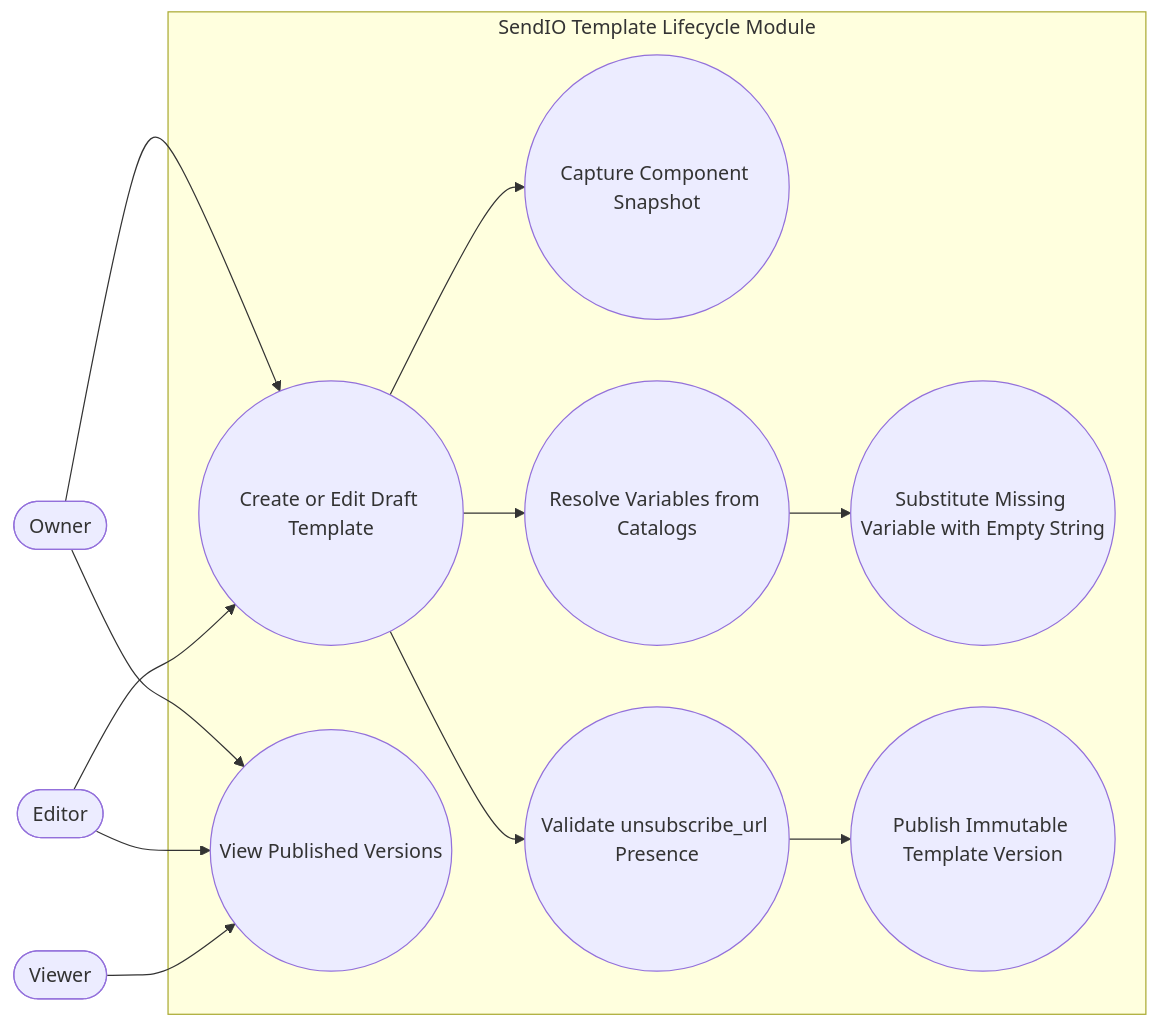
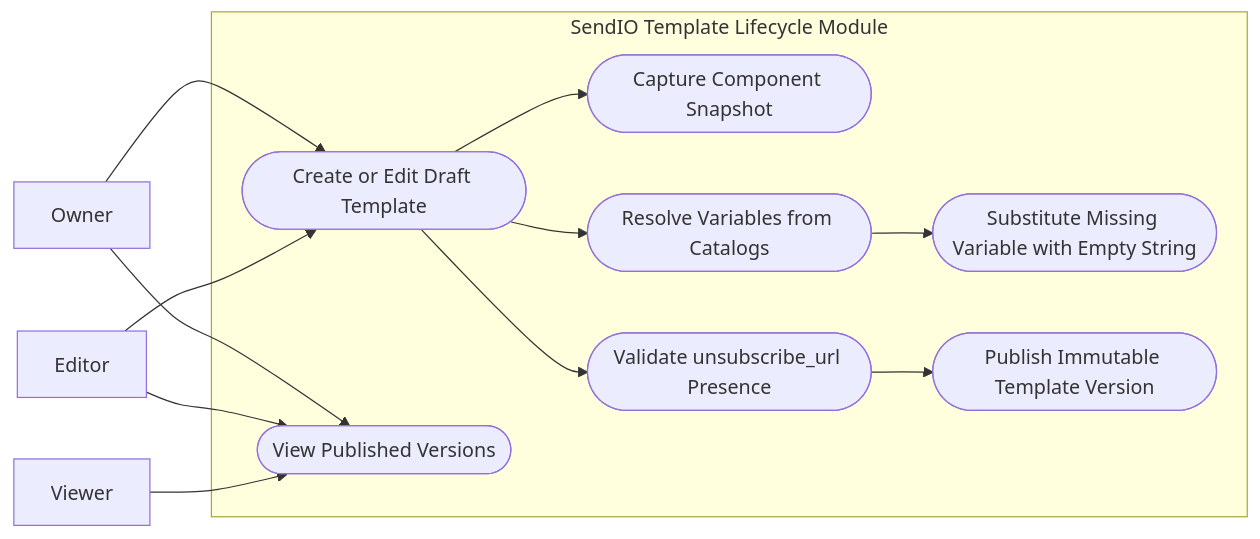
One commit to Chopyh/SendIO changed the diagram in docs/analysis/interactions/template-lifecycle-use-cases.md. Above: the diagram before and after it, drawn with Mermaid. The commit also changed 40 other files, not shown here.

Commit message:
Translate design documentation to Spanish, update activity and component diagrams, and add new system design chapter for SendIO. Implement Docker Redis queue worker and enhance validation documentation. Refactor frontend campaign list page and update shell scripts for queue management.

````diff
--- a/docs/analysis/interactions/template-lifecycle-use-cases.md
+++ b/docs/analysis/interactions/template-lifecycle-use-cases.md
@@ -5,27 +5,27 @@
 ```mermaid
 flowchart LR
-  Owner([Owner])
-  Editor([Editor])
-  Viewer([Viewer])
+  Owner[Owner]
+  Editor[Editor]
+  Viewer[Viewer]
 
   subgraph SendIOTemplate[SendIO Template Lifecycle Module]
-    UC1((Create or Edit Draft Template))
-    UC2((Capture Component Snapshot))
-    UC3((Resolve Variables from Catalogs))
-    UC4((Substitute Missing Variable with Empty String))
-    UC5((Validate unsubscribe_url Presence))
-    UC6((Publish Immutable Template Version))
-    UC7((View Published Versions))
+    UC1([Create or Edit Draft Template])
+    UC2([Capture Component Snapshot])
+    UC3([Resolve Variables from Catalogs])
+    UC4([Substitute Missing Variable with Empty String])
+    UC5([Validate unsubscribe_url Presence])
+    UC6([Publish Immutable Template Version])
+    UC7([View Published Versions])
   end
 
   Owner --> UC1
   Editor --> UC1
   UC1 --> UC2
   UC1 --> UC3
   UC3 --> UC4
   UC1 --> UC5
   UC5 --> UC6
   Owner --> UC7
   Editor --> UC7
   Viewer --> UC7
 ```
````
